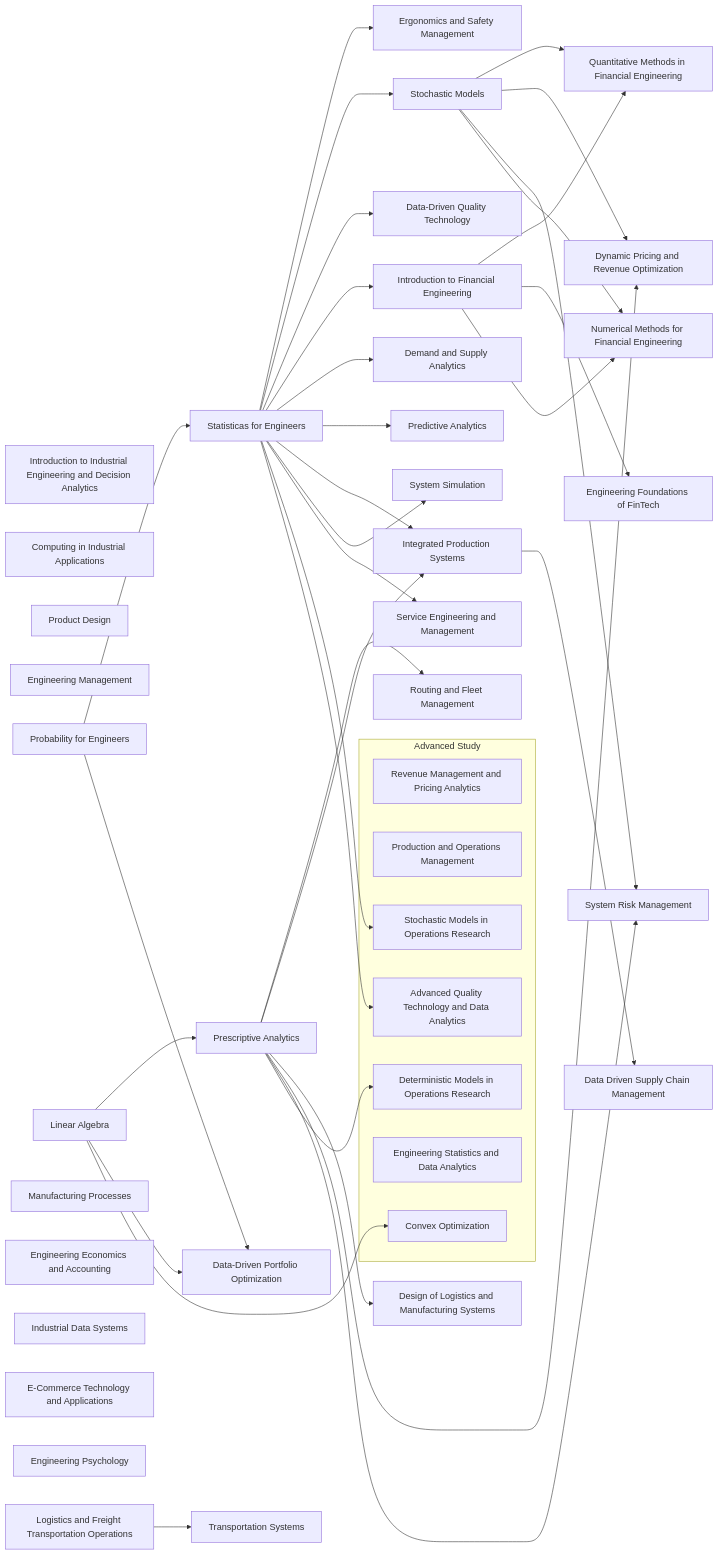
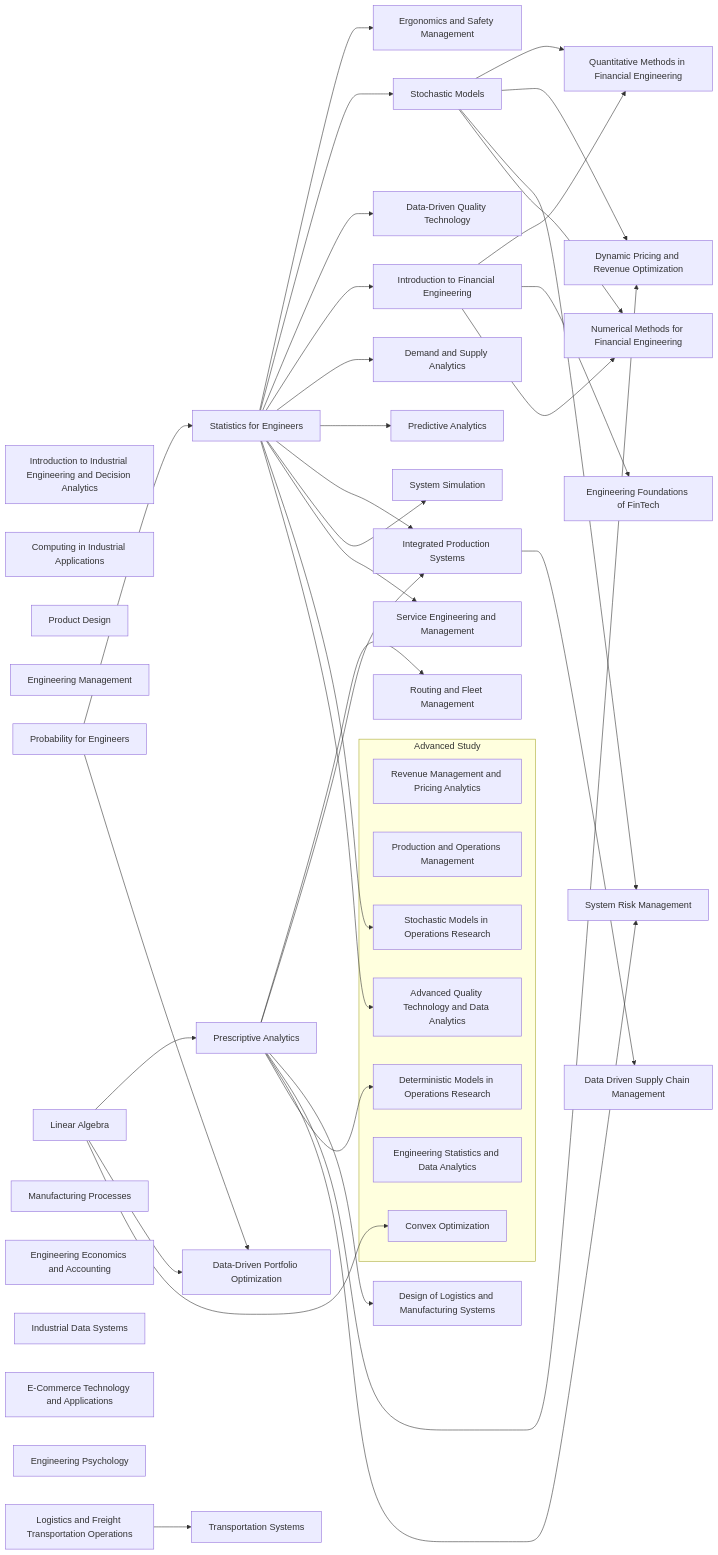
One commit to q-inho/q-inho.github.io changed the diagram in _posts/Main/General/2022-09-30-Study-Roadmap-for-Industrial-Engineering-and-Decision-Analytics.md. Above: the diagram before and after it, drawn with Mermaid.

```diff
--- a/_posts/Main/General/2022-09-30-Study-Roadmap-for-Industrial-Engineering-and-Decision-Analytics.md
+++ b/_posts/Main/General/2022-09-30-Study-Roadmap-for-Industrial-Engineering-and-Decision-Analytics.md
@@ -19,90 +19,90 @@
 <div class="mermaid"> 
       graph LR
         IEDA2010[Introduction to Industrial Engineering and Decision Analytics]
         IEDA2100[Computing in Industrial Applications]
         IEDA2150[Product Design]
         IEDA2200[Engineering Management]
         IEDA2410[Logistics and Freight Transportation Operations]
         IEDA2520[Probability for Engineers]
-        IEDA2540[Statisticas for Engineers]
+        IEDA2540[Statistics for Engineers]
         IEDA3010[Prescriptive Analytics]
         IEDA3130[Ergonomics and Safety Management]
         IEDA3150[Manufacturing Processes]
         IEDA3180[Data-Driven Portfolio Optimization]
         IEDA3230[Engineering Economics and Accounting]
         IEDA3250[Stochastic Models]
         IEDA3270[Data-Driven Quality Technology]
         IEDA3300[Industrial Data Systems]
         IEDA3302[E-Commerce Technology and Applications]
         IEDA3330[Introduction to Financial Engineering]
         IEDA3410[Routing and Fleet Management]
         IEDA3460[Demand and Supply Analytics]
         IEDA3560[Predictive Analytics]
         IEDA3901[Transportation Systems]
         IEDA4100[Integrated Production Systems]
         IEDA4130[System Simulation]
         IEDA4180[Service Engineering and Management]
         IEDA4200[Design of Logistics and Manufacturing Systems]
         IEDA4331[Quantitative Methods in Financial Engineering]
         IEDA4410[Data Driven Supply Chain Management]
         IEDA4420[Dynamic Pricing and Revenue Optimization]
         IEDA4500[Engineering Foundations of FinTech]
         IEDA4510[System Risk Management]
         IEDA4520[Numerical Methods for Financial Engineering]
         IEDA4650[Engineering Psychology]
 
         MATH2121[Linear Algebra]
 
         IEDA2520 --> IEDA2540
         MATH2121 --> IEDA3010
         IEDA2540 --> IEDA3130
         IEDA2520 & MATH2121 --> IEDA3180
         IEDA2540 --> IEDA3250
         IEDA2540 --> IEDA3270
         IEDA2540 --> IEDA3330
         IEDA3010 --> IEDA3410
         IEDA2540 --> IEDA3460
         IEDA2540 --> IEDA3560
         IEDA2410 --> IEDA3901
         IEDA2540 & IEDA3010 --> IEDA4100
         IEDA2540 --> IEDA4130
         IEDA2540 --> IEDA4180
         IEDA3010 --> IEDA4200
         IEDA3330 & IEDA3250 --> IEDA4331
         IEDA4100 --> IEDA4410
         IEDA3010 & IEDA3250 --> IEDA4420
         IEDA3330 --> IEDA4500
         IEDA3010 & IEDA3250 --> IEDA4510
         IEDA3250 & IEDA3330 --> IEDA4520
 
         subgraph Advanced Study
         IEDA5120[Revenue Management and Pricing Analytics]
         IEDA5170[Production and Operations Management]
         IEDA5230[Deterministic Models in Operations Research]
         IEDA5250[Stochastic Models in Operations Research]
         IEDA5260[Advanced Quality Technology and Data Analytics]
         IEDA5270[Engineering Statistics and Data Analytics]
         IEDA5470[Convex Optimization]
         end
 
         IEDA3010 --> IEDA5230
         IEDA2540 --> IEDA5250
         IEDA2540 --> IEDA5260
         MATH2121 --> IEDA5470
 
 
 
 
 
 
 
 
 
 
 
 
 
 
 
 
 </div>
```
